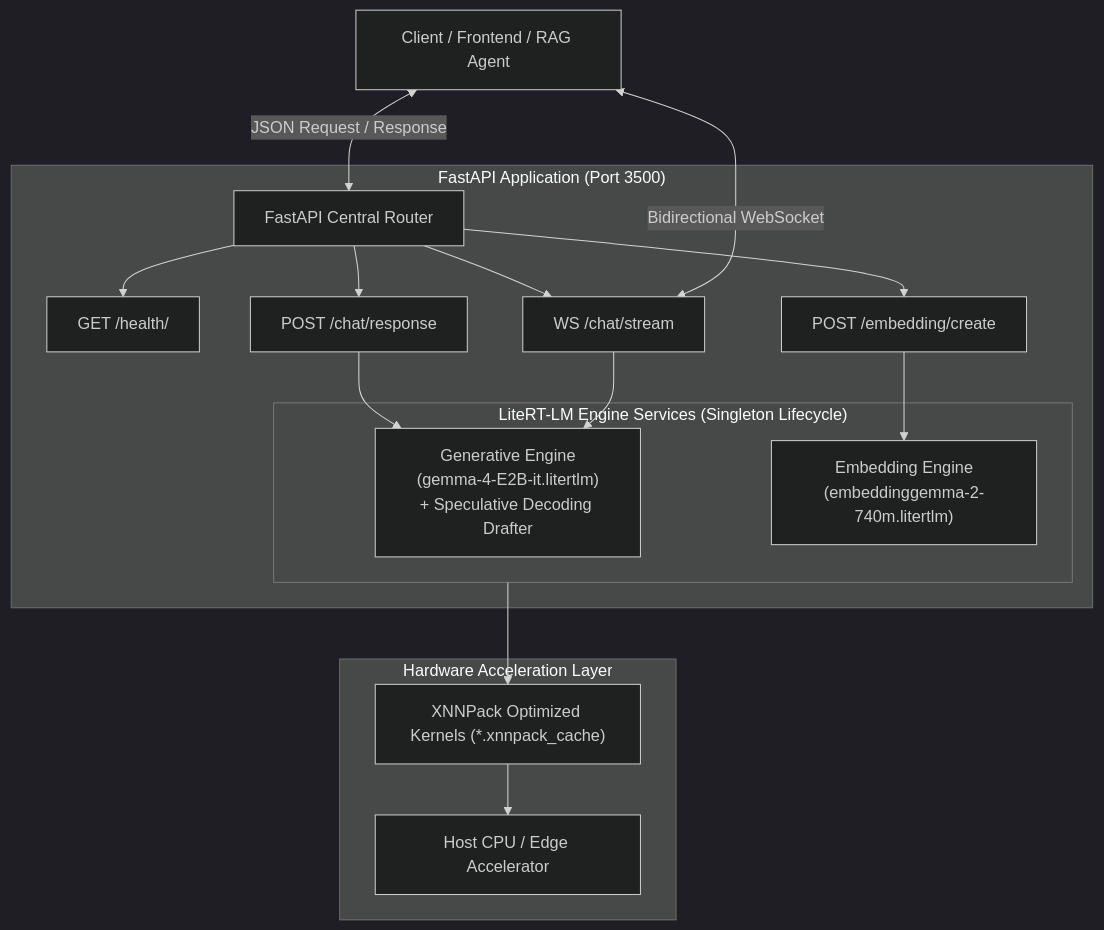
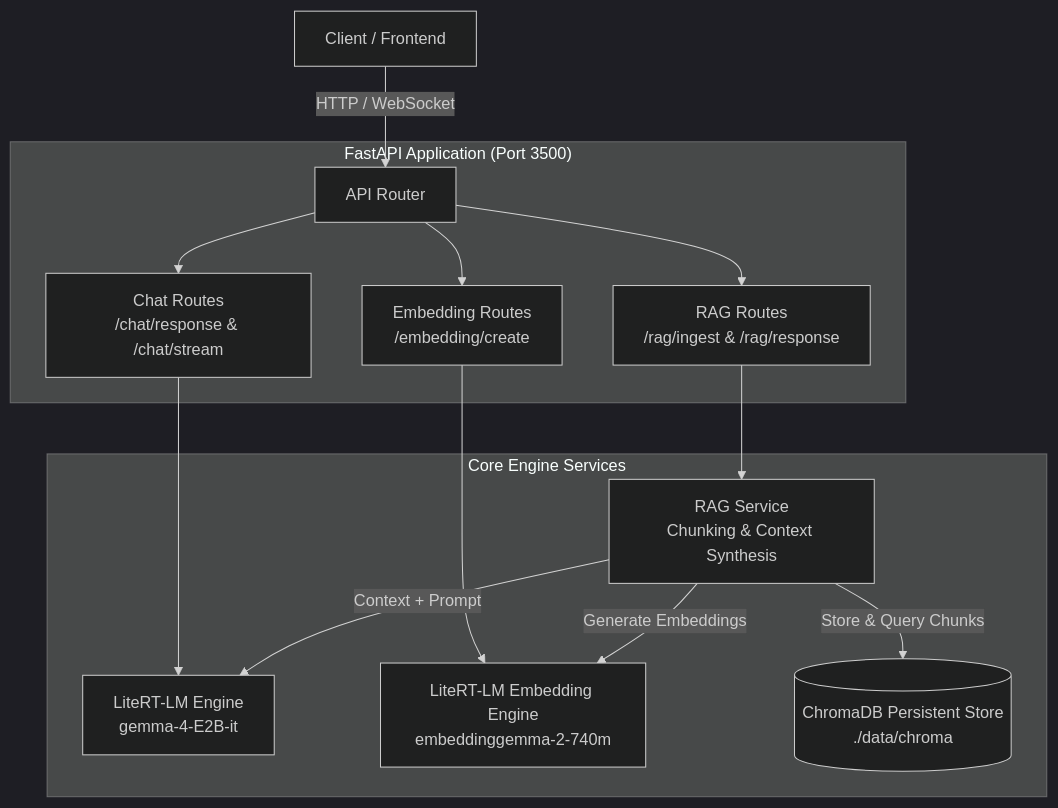
The diagram in README.md (masanthimanshu/gemma-rag), drawn with Mermaid (dark theme) before and after one commit. The commit also changed other lines of this file and 11 other files, not shown here.

Commit message:
feat: add RAG service and routing with ChromaDB integration

````diff
--- a/README.md
+++ b/README.md
@@ -95,36 +95,31 @@
 ```mermaid
 flowchart TD
-    Client["Client / Frontend / RAG Agent"]
-
-    subgraph Server["FastAPI Application (Port 3500)"]
-        Router["FastAPI Central Router"]
-        
-        HealthRoute["GET /health/"]
-        ChatSyncRoute["POST /chat/response"]
-        ChatStreamRoute["WS /chat/stream"]
-        EmbeddingRoute["POST /embedding/create"]
-        
-        Router --> HealthRoute
-        Router --> ChatSyncRoute
-        Router --> ChatStreamRoute
-        Router --> EmbeddingRoute
-        
-        subgraph EngineLayer["LiteRT-LM Engine Services (Singleton Lifecycle)"]
-            ChatEngine["Generative Engine\n(gemma-4-E2B-it.litertlm)\n+ Speculative Decoding Drafter"]
-            EmbedEngine["Embedding Engine\n(embeddinggemma-2-740m.litertlm)"]
-        end
-        
-        ChatSyncRoute --> ChatEngine
-        ChatStreamRoute --> ChatEngine
-        EmbeddingRoute --> EmbedEngine
+    Client["Client / Frontend"]
+    
+    subgraph FastAPI["FastAPI Application (Port 3500)"]
+        Router["API Router"]
+        ChatRoute["Chat Routes<br/>/chat/response & /chat/stream"]
+        EmbedRoute["Embedding Routes<br/>/embedding/create"]
+        RagRoute["RAG Routes<br/>/rag/ingest & /rag/response"]
     end
 
-    subgraph Hardware["Hardware Acceleration Layer"]
-        XNNPack["XNNPack Optimized Kernels (*.xnnpack_cache)"]
-        CPU["Host CPU / Edge Accelerator"]
-        EngineLayer --> XNNPack --> CPU
+    subgraph Services["Core Engine Services"]
+        LLM["LiteRT-LM Engine<br/>gemma-4-E2B-it"]
+        Embed["LiteRT-LM Embedding Engine<br/>embeddinggemma-2-740m"]
+        RAG["RAG Service<br/>Chunking & Context Synthesis"]
+        Chroma[("ChromaDB Persistent Store<br/>./data/chroma")]
     end
 
-    Client <-->|"JSON Request / Response"| Router
-    Client <-->|"Bidirectional WebSocket"| ChatStreamRoute
+    Client -->|HTTP / WebSocket| Router
+    Router --> ChatRoute
+    Router --> EmbedRoute
+    Router --> RagRoute
+
+    ChatRoute --> LLM
+    EmbedRoute --> Embed
+
+    RagRoute --> RAG
+    RAG -->|Generate Embeddings| Embed
+    RAG -->|Store & Query Chunks| Chroma
+    RAG -->|Context + Prompt| LLM
 ```
````
